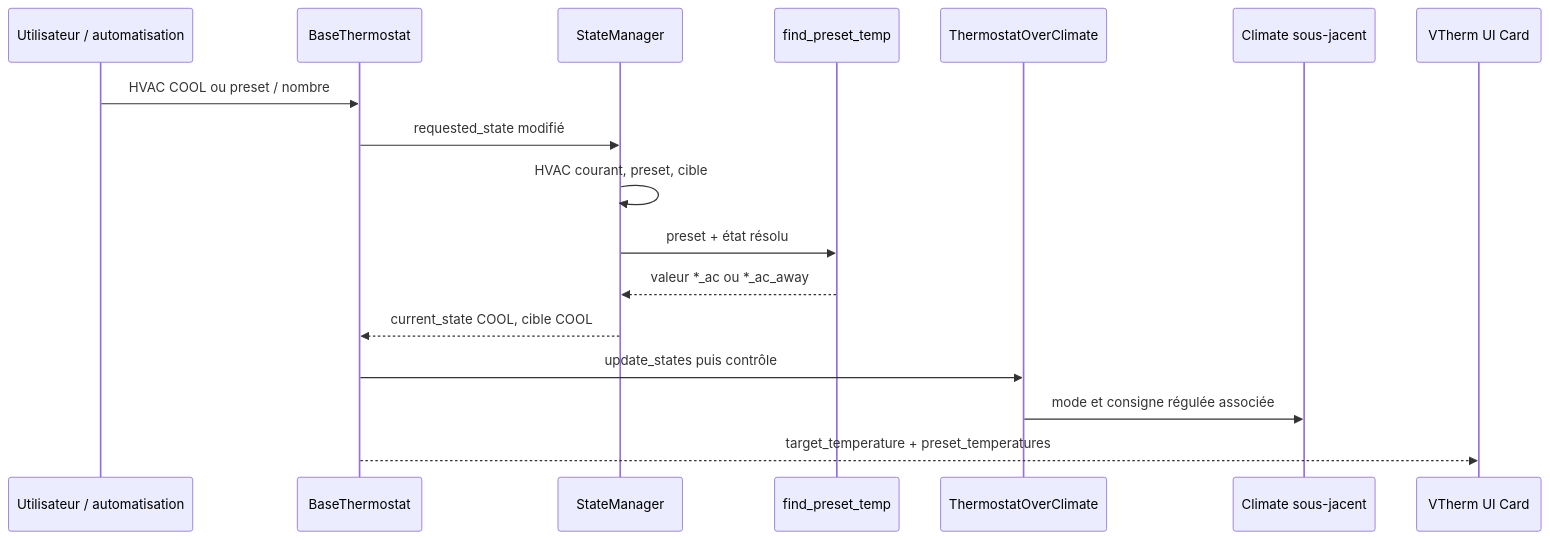
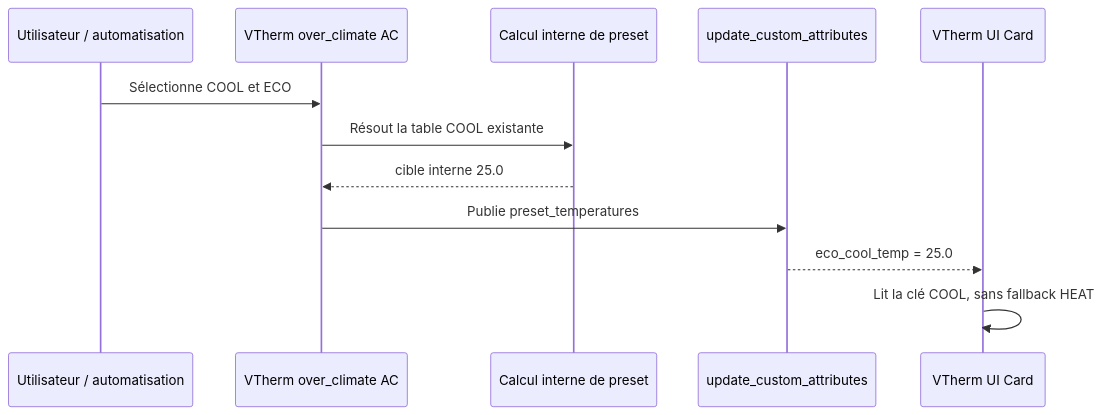
One commit to jmcollin78/versatile_thermostat changed the diagram in documentation/tech-docs/issue-2075-design.md. Above: the diagram before and after it, drawn with Mermaid. The commit also changed other lines of this file and 7 other files, not shown here.

````diff
--- a/documentation/tech-docs/issue-2075-design.md
+++ b/documentation/tech-docs/issue-2075-design.md
@@ -104,20 +74,15 @@
 ```mermaid
 sequenceDiagram
     participant U as Utilisateur / automatisation
-    participant B as BaseThermostat
-    participant S as StateManager
-    participant P as find_preset_temp
-    participant O as ThermostatOverClimate
-    participant C as Climate sous-jacent
+    participant V as VTherm over_climate AC
+    participant P as Calcul interne de preset
+    participant A as update_custom_attributes
     participant UI as VTherm UI Card
 
-    U->>B: HVAC COOL ou preset / nombre
-    B->>S: requested_state modifié
-    S->>S: HVAC courant, preset, cible
-    S->>P: preset + état résolu
-    P-->>S: valeur *_ac ou *_ac_away
-    S-->>B: current_state COOL, cible COOL
-    B->>O: update_states puis contrôle
-    O->>C: mode et consigne régulée associée
-    B-->>UI: target_temperature + preset_temperatures
+    U->>V: Sélectionne COOL et ECO
+    V->>P: Résout la table COOL existante
+    P-->>V: cible interne 25.0
+    V->>A: Publie preset_temperatures
+    A-->>UI: eco_cool_temp = 25.0
+    UI->>UI: Lit la clé COOL, sans fallback HEAT
 ```
````
